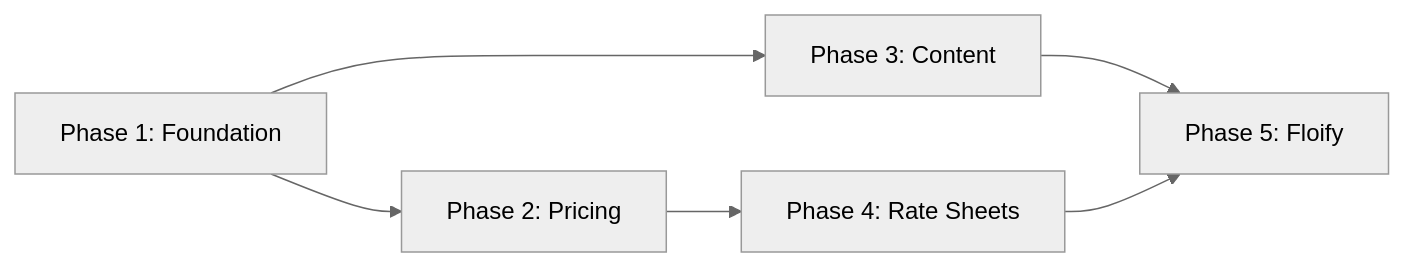
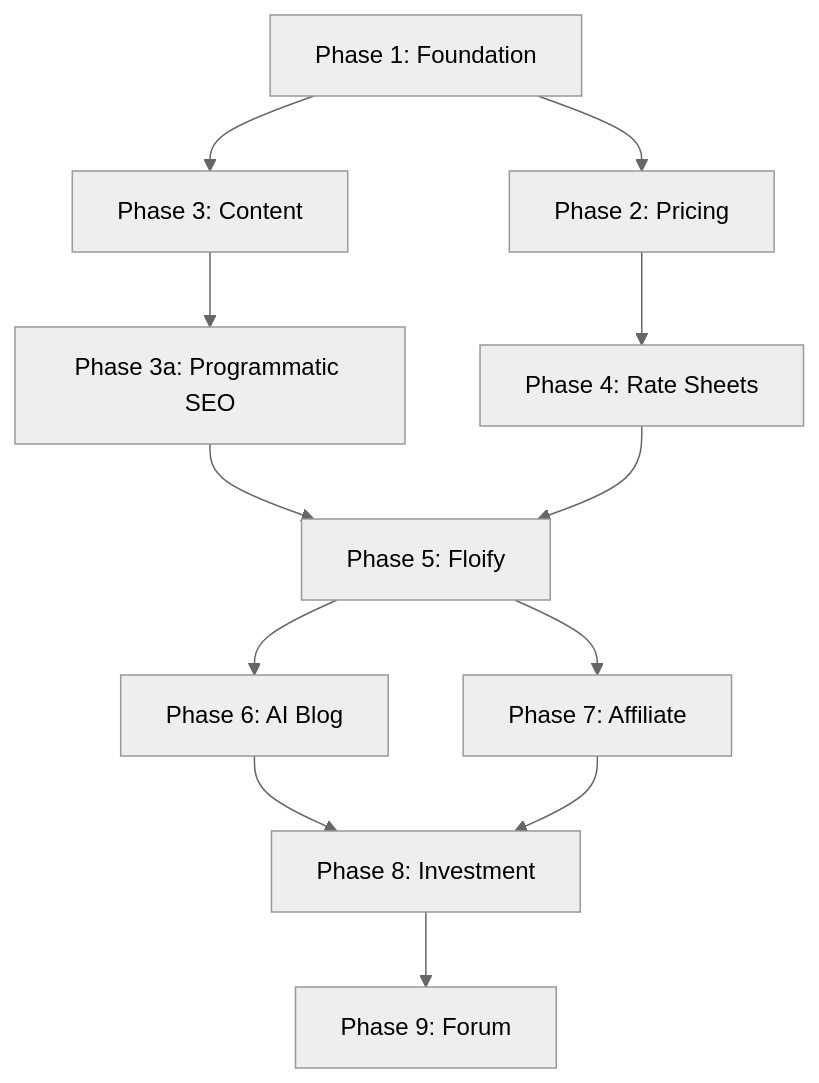
The diagram in unified-platform/conductor/tracks.md (samtheloanman/unified-cmtg), drawn with Mermaid (neutral theme) before and after one commit. The commit also changed other lines of this file and 299 other files, not shown here.

````diff
--- a/unified-platform/conductor/tracks.md
+++ b/unified-platform/conductor/tracks.md
@@ -55,8 +51,14 @@
 ```mermaid
-flowchart LR
+flowchart TD
     P1[Phase 1: Foundation] --> P2[Phase 2: Pricing]
     P1 --> P3[Phase 3: Content]
     P2 --> P4[Phase 4: Rate Sheets]
-    P3 --> P5[Phase 5: Floify]
+    P3 --> P3a[Phase 3a: Programmatic SEO]
+    P3a --> P5[Phase 5: Floify]
     P4 --> P5
+    P5 --> P6[Phase 6: AI Blog]
+    P5 --> P7[Phase 7: Affiliate]
+    P6 --> P8[Phase 8: Investment]
+    P7 --> P8
+    P8 --> P9[Phase 9: Forum]
 ```
````
